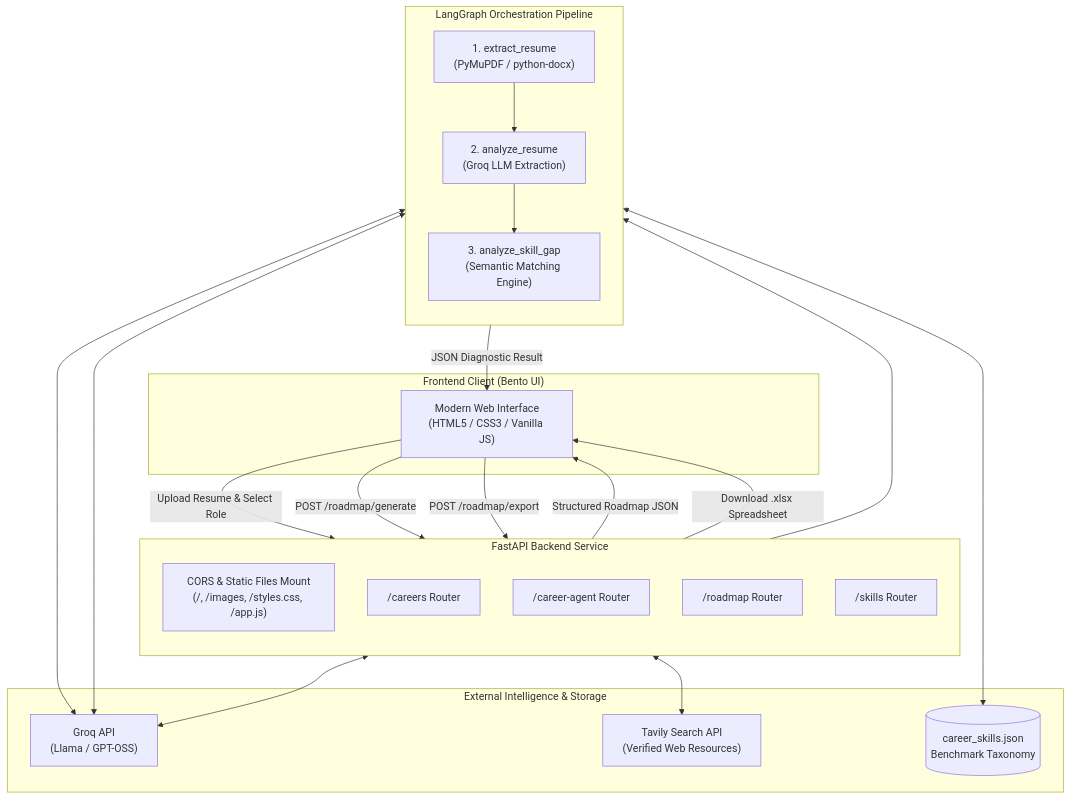
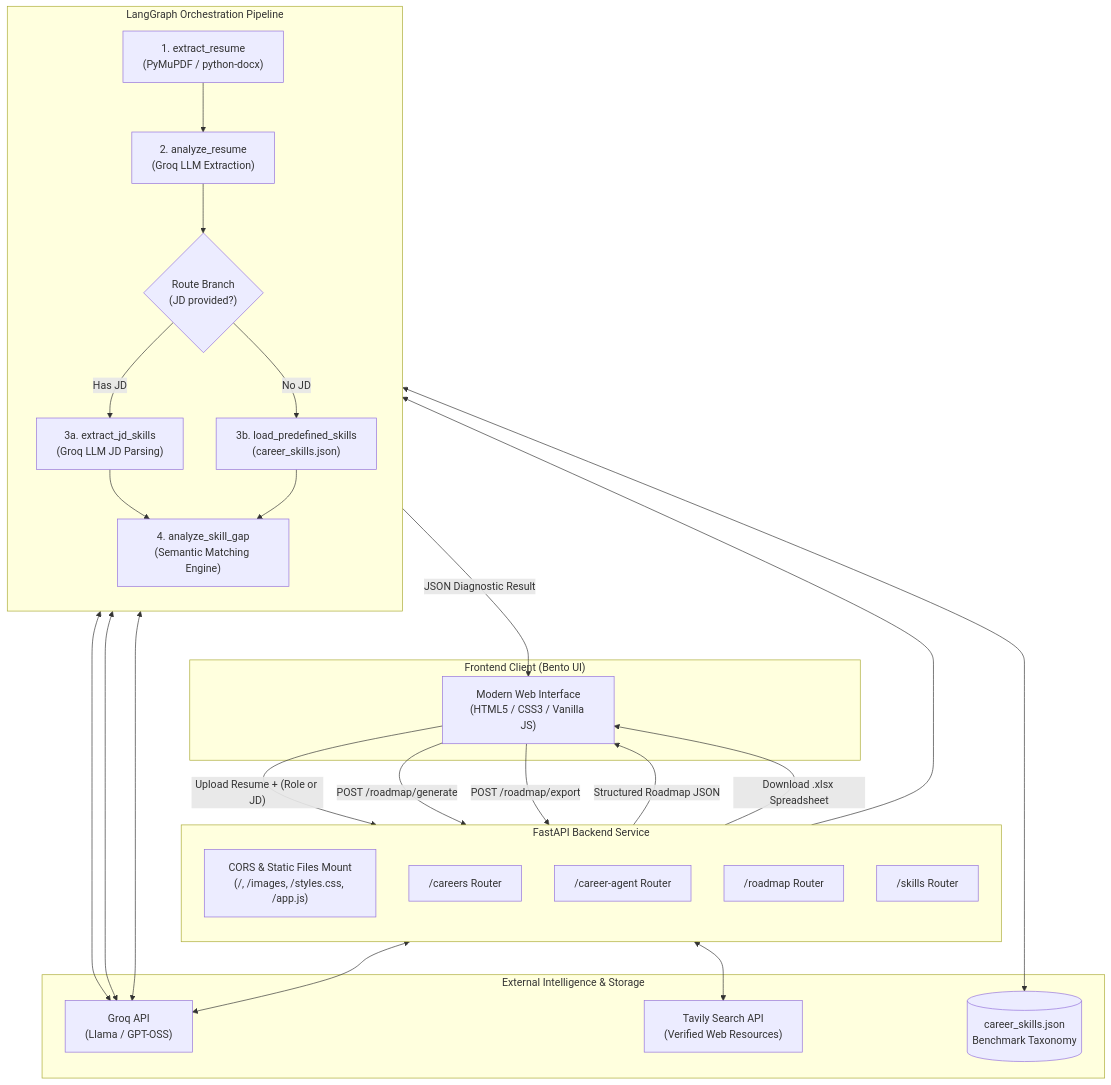
Before and after one commit to Sujalproject/SkillBridge: the diagram in README.md, drawn with Mermaid. The commit also changed other lines of this file and 14 other files, not shown here.

````diff
--- a/README.md
+++ b/README.md
@@ -58,44 +63,51 @@
 ```mermaid
 flowchart TD
     subgraph Client["Frontend Client (Bento UI)"]
         UI["Modern Web Interface\n(HTML5 / CSS3 / Vanilla JS)"]
     end
 
     subgraph API["FastAPI Backend Service"]
         direction TB
         CORS["CORS & Static Files Mount\n(/, /images, /styles.css, /app.js)"]
         RouterCareer["/careers Router"]
         RouterAgent["/career-agent Router"]
         RouterRoadmap["/roadmap Router"]
         RouterSkills["/skills Router"]
     end
 
     subgraph Workflow["LangGraph Orchestration Pipeline"]
         direction TB
         N1["1. extract_resume\n(PyMuPDF / python-docx)"]
         N2["2. analyze_resume\n(Groq LLM Extraction)"]
-        N3["3. analyze_skill_gap\n(Semantic Matching Engine)"]
-        N1 --> N2 --> N3
+        Decision{"Route Branch\n(JD provided?)"}
+        N3A["3a. extract_jd_skills\n(Groq LLM JD Parsing)"]
+        N3B["3b. load_predefined_skills\n(career_skills.json)"]
+        N4["4. analyze_skill_gap\n(Semantic Matching Engine)"]
+
+        N1 --> N2 --> Decision
+        Decision -- "Has JD" --> N3A --> N4
+        Decision -- "No JD" --> N3B --> N4
     end
 
     subgraph Intelligence["External Intelligence & Storage"]
         Groq["Groq API\n(Llama / GPT-OSS)"]
         Tavily["Tavily Search API\n(Verified Web Resources)"]
         Taxonomy[("career_skills.json\nBenchmark Taxonomy")]
     end
 
-    UI -->|"Upload Resume & Select Role"| RouterAgent
+    UI -->|"Upload Resume + (Role or JD)"| RouterAgent
     RouterAgent --> Workflow
     N2 <--> Groq
-    N3 <--> Taxonomy
-    N3 <--> Groq
+    N3A <--> Groq
+    N3B <--> Taxonomy
+    N4 <--> Groq
     Workflow -->|"JSON Diagnostic Result"| UI
 
     UI -->|"POST /roadmap/generate"| RouterRoadmap
     RouterRoadmap <--> Tavily
     RouterRoadmap <--> Groq
     RouterRoadmap -->|"Structured Roadmap JSON"| UI
 
     UI -->|"POST /roadmap/export"| RouterRoadmap
     RouterRoadmap -->|"Download .xlsx Spreadsheet"| UI
 ```
````
